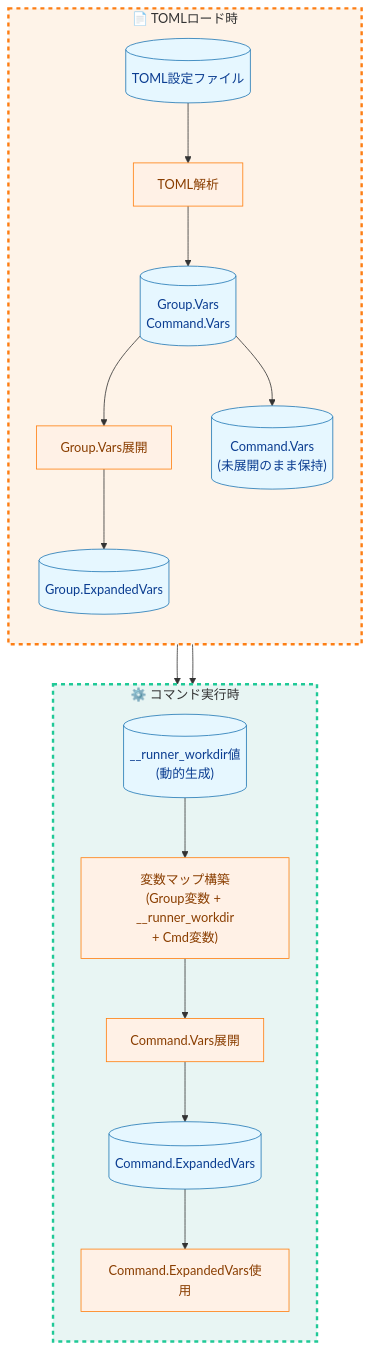
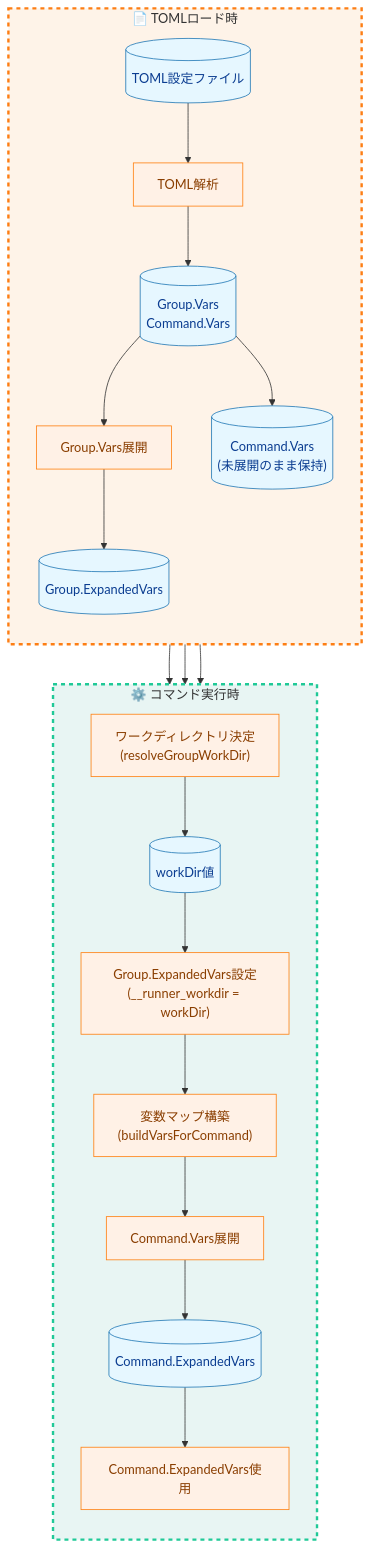
One commit to isseis/go-safe-cmd-runner changed the sixth of 12 diagrams in docs/tasks/0034_workdir_redesign/02_architecture.md. Above: the diagram before and after it, drawn with Mermaid. The commit also changed other lines of this file, not shown here.

Commit message:
docs: update workdir redesign architecture diagram and exec flow
- Adjust flowchart connectors and node labels to reflect workdir resolution
- Introduce resolveGroupWorkDir and SetToGroup steps in ExecPhase flow
- Describe side-effect: set Group.ExpandedVars["__runner_workdir"] from workDir
- Update buildVarsForCommand usage and process class list for clarity
- Minor formatting tweaks to the architecture markdown

````diff
--- a/docs/tasks/0034_workdir_redesign/02_architecture.md
+++ b/docs/tasks/0034_workdir_redesign/02_architecture.md
@@ -317,47 +317,52 @@
 ```mermaid
 flowchart TD
     classDef data fill:#e6f7ff,stroke:#1f77b4,stroke-width:1px,color:#0b3d91;
     classDef process fill:#fff1e6,stroke:#ff7f0e,stroke-width:1px,color:#8a3e00;
     classDef validation fill:#e8f5e8,stroke:#2e8b57,stroke-width:2px,color:#006400;
     classDef error fill:#ffe8e8,stroke:#dc3545,stroke-width:2px,color:#721c24;
     classDef loadPhase fill:#fef3e8,stroke:#fd7e14,stroke-width:3px,stroke-dasharray: 5 5;
     classDef execPhase fill:#e8f5f3,stroke:#20c997,stroke-width:3px,stroke-dasharray: 5 5;
 
     subgraph LoadPhase["📄 TOMLロード時"]
         direction TB
         TOMLFile[("TOML設定ファイル")]
         ParseTOML["TOML解析"]
         RawVars[("Group.Vars<br/>Command.Vars")]
         ExpandGroupVars["Group.Vars展開"]
         GroupExpandedVars[("Group.ExpandedVars")]
         CmdVars[("Command.Vars<br/>(未展開のまま保持)")]
 
         TOMLFile --> ParseTOML
         ParseTOML --> RawVars
         RawVars --> ExpandGroupVars
         ExpandGroupVars --> GroupExpandedVars
         RawVars --> CmdVars
     end
 
     subgraph ExecPhase["⚙️ コマンド実行時"]
         direction TB
-        WorkDirValue[("__runner_workdir値<br/>(動的生成)")]
-        BuildVarsMap["変数マップ構築<br/>(Group変数 + __runner_workdir<br/>+ Cmd変数)"]
+        ResolveWorkDir["ワークディレクトリ決定<br/>(resolveGroupWorkDir)"]
+        WorkDirValue[("workDir値")]
+        SetToGroup["Group.ExpandedVars設定<br/>(__runner_workdir = workDir)"]
+        BuildVarsMap["変数マップ構築<br/>(buildVarsForCommand)"]
         ExpandCmdVars["Command.Vars展開"]
         CmdExpandedVars[("Command.ExpandedVars")]
         UseExpandedVars["Command.ExpandedVars使用"]
 
-        WorkDirValue --> BuildVarsMap
+        ResolveWorkDir --> WorkDirValue
+        WorkDirValue --> SetToGroup
+        SetToGroup --> BuildVarsMap
         BuildVarsMap --> ExpandCmdVars
         ExpandCmdVars --> CmdExpandedVars
         CmdExpandedVars --> UseExpandedVars
     end
 
+    GroupExpandedVars --> ResolveWorkDir
     GroupExpandedVars --> BuildVarsMap
     CmdVars --> BuildVarsMap
 
     class TOMLFile,RawVars,GroupExpandedVars,CmdVars,WorkDirValue,CmdExpandedVars data;
-    class ParseTOML,ExpandGroupVars,BuildVarsMap,ExpandCmdVars,UseExpandedVars process;
+    class ParseTOML,ExpandGroupVars,ResolveWorkDir,SetToGroup,BuildVarsMap,ExpandCmdVars,UseExpandedVars process;
     class LoadPhase loadPhase;
     class ExecPhase execPhase;
 ```
````
